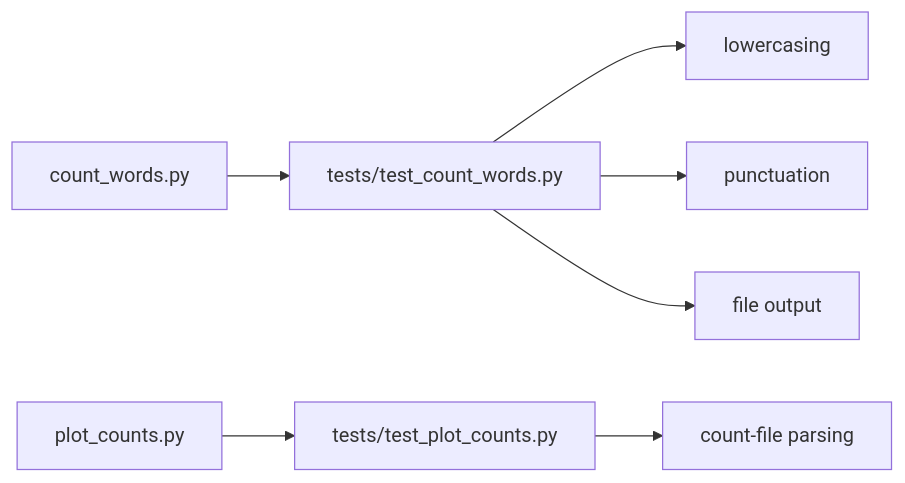
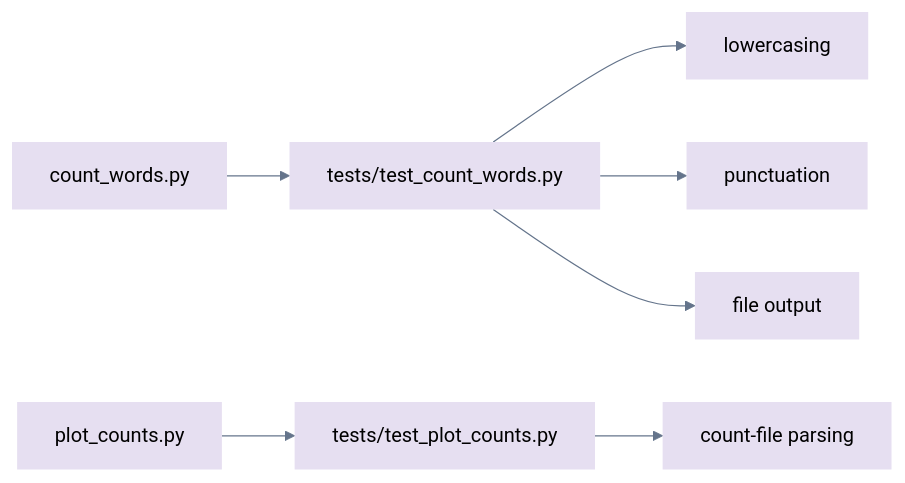
The third of 6 diagrams in lessons/testing.qmd (igorsdub/gecs), drawn with Mermaid before and after one commit. The commit also changed other lines of this file, not shown here.

Commit message:
fix git branch diagrams

````diff
--- a/lessons/testing.qmd
+++ b/lessons/testing.qmd
@@ -93,9 +117,11 @@
 ```{mermaid}
+%%{init: {"flowchart": {"curve": "basis"}, "theme": "base", "themeVariables": {"primaryColor": "#ecfdf5", "primaryBorderColor": "#16a34a", "lineColor": "#64748b", "fontFamily": "Arial"}}}%%
 flowchart LR
-    C[count_words.py] --> T[tests/test_count_words.py]
-    P[plot_counts.py] --> U[tests/test_plot_counts.py]
-    T --> T1[lowercasing]
-    T --> T2[punctuation]
-    T --> T3[file output]
-    U --> U1[count-file parsing]
+    C[count_words.py]:::unit --> T[tests/test_count_words.py]:::unit
+    P[plot_counts.py]:::unit --> U[tests/test_plot_counts.py]:::unit
+    T --> T1[lowercasing]:::unit
+    T --> T2[punctuation]:::unit
+    T --> T3[file output]:::unit
+    U --> U1[count-file parsing]:::unit
+    classDef unit fill:#e6dff1,stroke:transparent,color:#000
 ```
````
